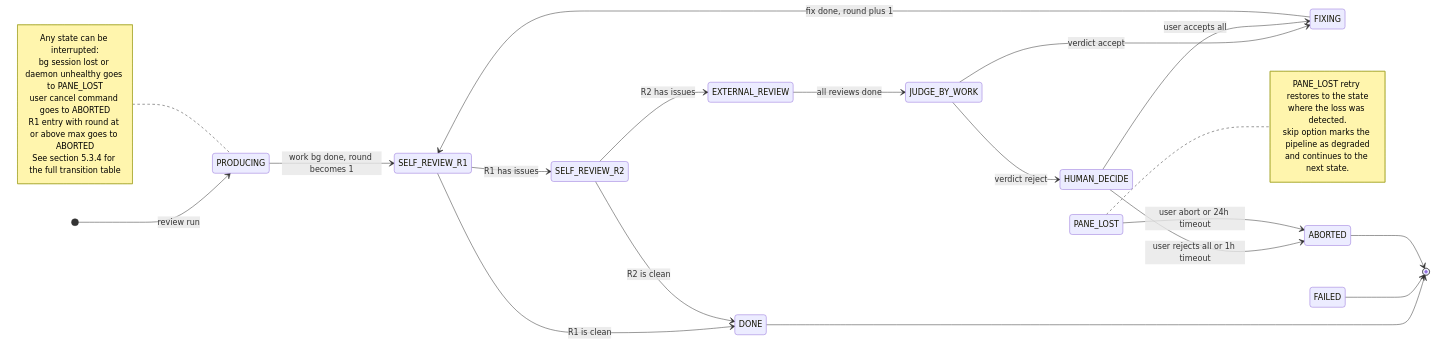
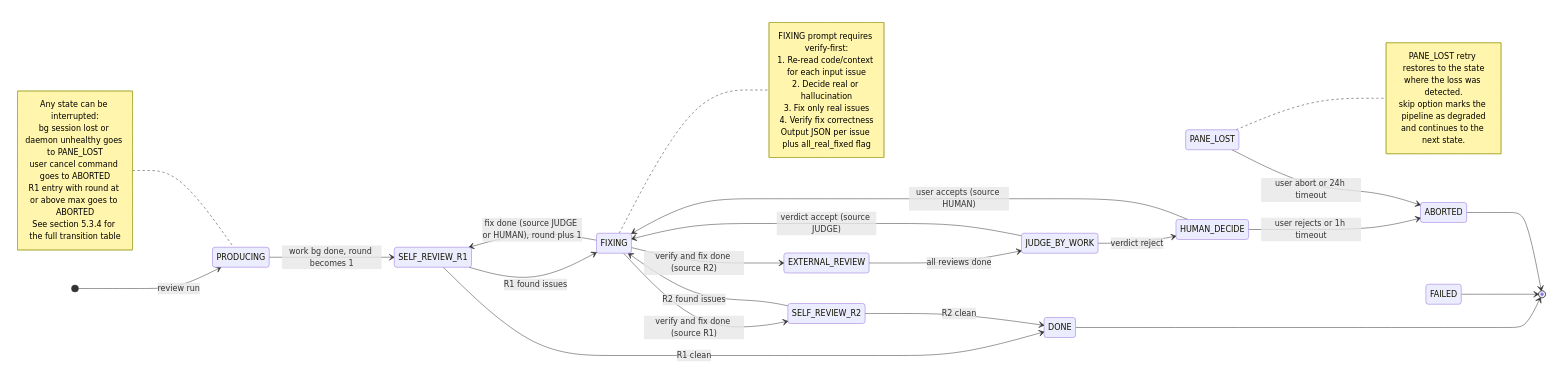
Before and after one commit to yujuntea/cc-linker: the first of 2 diagrams in docs/superpowers/specs/2026-06-14-multi-model-review-engine-v2.1-design.md, drawn with Mermaid. The commit also changed other lines of this file, not shown here.

First line of the commit message:
feat(spec): v2.1 变更 19 — R1/R2 拆出 FIXING verify-first 节点

````diff
--- a/docs/superpowers/specs/2026-06-14-multi-model-review-engine-v2.1-design.md
+++ b/docs/superpowers/specs/2026-06-14-multi-model-review-engine-v2.1-design.md
@@ -385,40 +400,52 @@
 ```mermaid
 stateDiagram-v2
     direction LR
 
     [*] --> PRODUCING : review run
 
     PRODUCING --> SELF_REVIEW_R1 : work bg done, round becomes 1
-    SELF_REVIEW_R1 --> SELF_REVIEW_R2 : R1 has issues
-    SELF_REVIEW_R1 --> DONE : R1 is clean
-    SELF_REVIEW_R2 --> EXTERNAL_REVIEW : R2 has issues
-    SELF_REVIEW_R2 --> DONE : R2 is clean
+    SELF_REVIEW_R1 --> FIXING : R1 found issues
+    SELF_REVIEW_R1 --> DONE : R1 clean
+    FIXING --> SELF_REVIEW_R2 : verify and fix done (source R1)
+    SELF_REVIEW_R2 --> FIXING : R2 found issues
+    SELF_REVIEW_R2 --> DONE : R2 clean
+    FIXING --> EXTERNAL_REVIEW : verify and fix done (source R2)
     EXTERNAL_REVIEW --> JUDGE_BY_WORK : all reviews done
-    JUDGE_BY_WORK --> FIXING : verdict accept
+    JUDGE_BY_WORK --> FIXING : verdict accept (source JUDGE)
     JUDGE_BY_WORK --> HUMAN_DECIDE : verdict reject
-    FIXING --> SELF_REVIEW_R1 : fix done, round plus 1
+    FIXING --> SELF_REVIEW_R1 : fix done (source JUDGE or HUMAN), round plus 1
 
-    HUMAN_DECIDE --> FIXING : user accepts all
-    HUMAN_DECIDE --> ABORTED : user rejects all or 1h timeout
+    HUMAN_DECIDE --> FIXING : user accepts (source HUMAN)
+
+    HUMAN_DECIDE --> ABORTED : user rejects or 1h timeout
 
     PANE_LOST --> ABORTED : user abort or 24h timeout
 
     DONE --> [*]
     FAILED --> [*]
     ABORTED --> [*]
+
+    note right of FIXING
+      FIXING prompt requires verify-first:
+      1. Re-read code/context for each input issue
+      2. Decide real or hallucination
+      3. Fix only real issues
+      4. Verify fix correctness
+      Output JSON per issue plus all_real_fixed flag
+    end note
 
     note right of PANE_LOST
       PANE_LOST retry restores to the state
       where the loss was detected.
       skip option marks the pipeline as degraded
       and continues to the next state.
     end note
 
     note left of PRODUCING
       Any state can be interrupted:
       bg session lost or daemon unhealthy goes to PANE_LOST
       user cancel command goes to ABORTED
       R1 entry with round at or above max goes to ABORTED
       See section 5.3.4 for the full transition table
     end note
 ```
````
